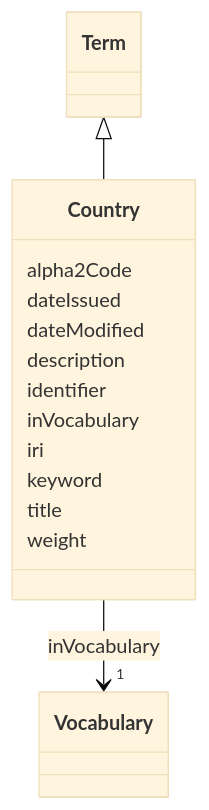
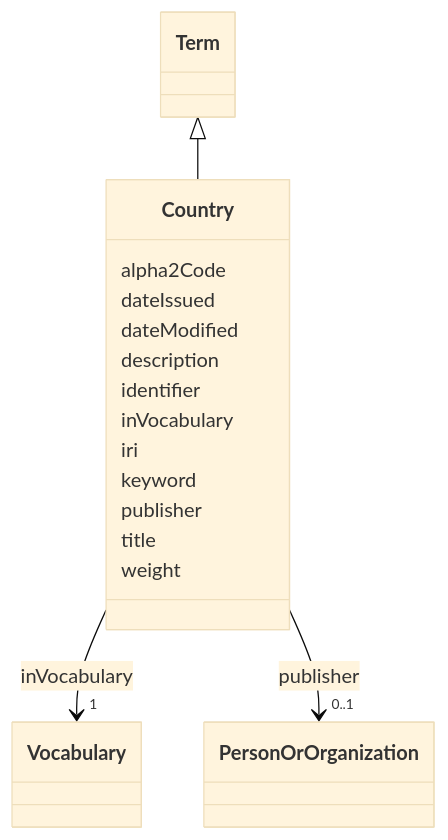
Before and after one commit to EVORA-project/evora-ontology: the diagram in models/docs/Country.md, drawn with Mermaid (base theme). The commit also changed other lines of this file and 468 other files, not shown here.

````diff
--- a/models/docs/Country.md
+++ b/models/docs/Country.md
@@ -19,36 +19,45 @@
 ```mermaid
  classDiagram
     class Country
     click Country href "../Country"
       Term <|-- Country
         click Term href "../Term"
       
       Country : alpha2Code
         
       Country : dateIssued
         
       Country : dateModified
         
       Country : description
         
       Country : identifier
         
       Country : inVocabulary
         
           
     
     
     Country --> "1" Vocabulary : inVocabulary
     click Vocabulary href "../Vocabulary"
 
         
       Country : iri
         
       Country : keyword
         
+      Country : publisher
+        
+          
+    
+    
+    Country --> "0..1" PersonOrOrganization : publisher
+    click PersonOrOrganization href "../PersonOrOrganization"
+
+        
       Country : title
         
       Country : weight
         
       
 ```
````
